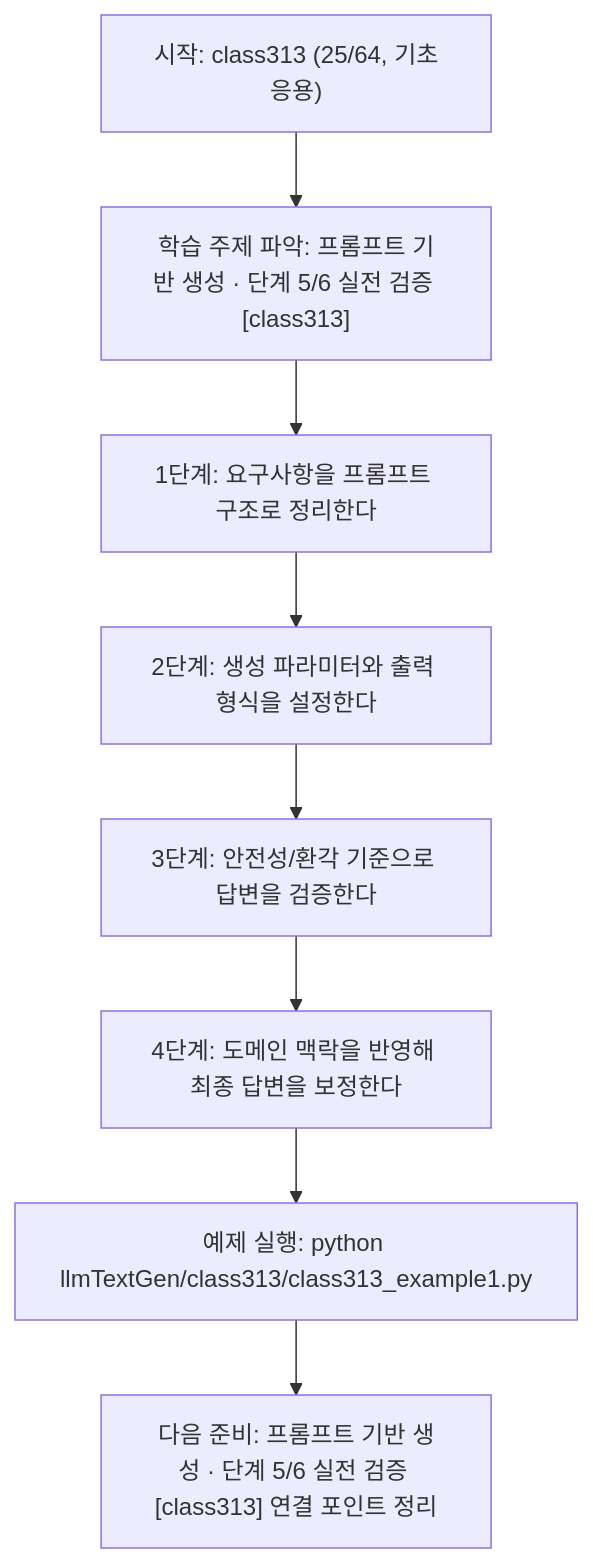
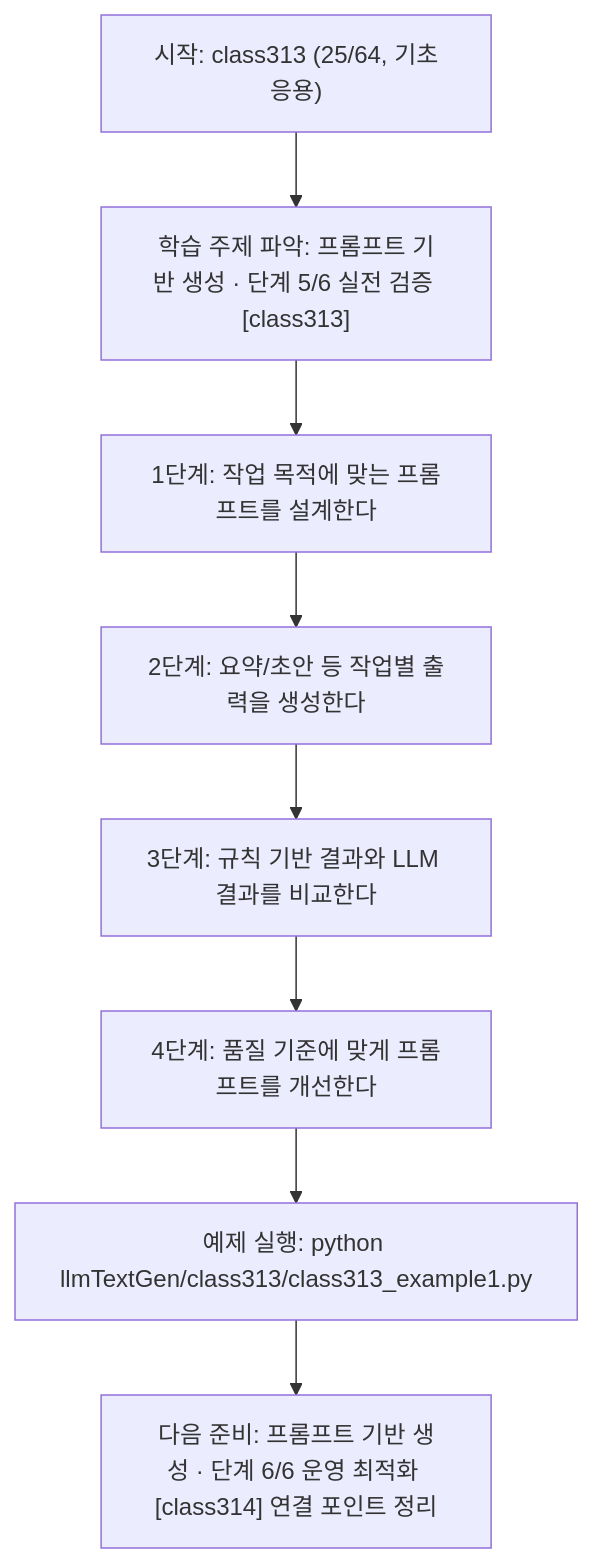
The diagram in llmTextGen/class313/class313.md (edumgt/Python-AI_Agent-Class), drawn with Mermaid before and after one commit. The commit also changed other lines of this file and 451 other files, not shown here.

````diff
--- a/llmTextGen/class313/class313.md
+++ b/llmTextGen/class313/class313.md
@@ -114,18 +95,18 @@
 ```mermaid
 flowchart TD
 N1["시작: class313 (25/64, 기초응용)"]
 N2["학습 주제 파악: 프롬프트 기반 생성 · 단계 5/6 실전 검증 [class313]"]
-N3["1단계: 요구사항을 프롬프트 구조로 정리한다"]
-N4["2단계: 생성 파라미터와 출력 형식을 설정한다"]
-N5["3단계: 안전성/환각 기준으로 답변을 검증한다"]
-N6["4단계: 도메인 맥락을 반영해 최종 답변을 보정한다"]
+N3["1단계: 작업 목적에 맞는 프롬프트를 설계한다"]
+N4["2단계: 요약/초안 등 작업별 출력을 생성한다"]
+N5["3단계: 규칙 기반 결과와 LLM 결과를 비교한다"]
+N6["4단계: 품질 기준에 맞게 프롬프트를 개선한다"]
 N7["예제 실행: python llmTextGen/class313/class313_example1.py"]
-N8["다음 준비: 프롬프트 기반 생성 · 단계 5/6 실전 검증 [class313] 연결 포인트 정리"]
+N8["다음 준비: 프롬프트 기반 생성 · 단계 6/6 운영 최적화 [class314] 연결 포인트 정리"]
 N1 --> N2
 N2 --> N3
 N3 --> N4
 N4 --> N5
 N5 --> N6
 N6 --> N7
 N7 --> N8
 ```
````
